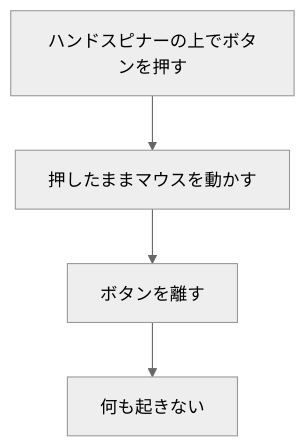
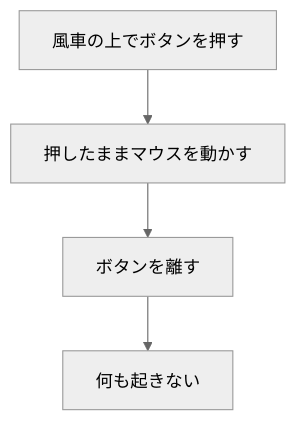
One commit to pfgnsb/hand-spinner changed the third of 9 diagrams in spinner/ドキュメント/ユースケース.md. Above: the diagram before and after it, drawn with Mermaid (neutral theme). The commit also changed other lines of this file and 13 other files, not shown here.

````diff
--- a/spinner/ドキュメント/ユースケース.md
+++ b/spinner/ドキュメント/ユースケース.md
@@ -76,6 +76,6 @@
 ```mermaid
 flowchart TD
-  a[ハンドスピナーの上でボタンを押す] --> b[押したままマウスを動かす]
+  a[風車の上でボタンを押す] --> b[押したままマウスを動かす]
   b --> c[ボタンを離す]
   c --> d[何も起きない]
 ```
````
